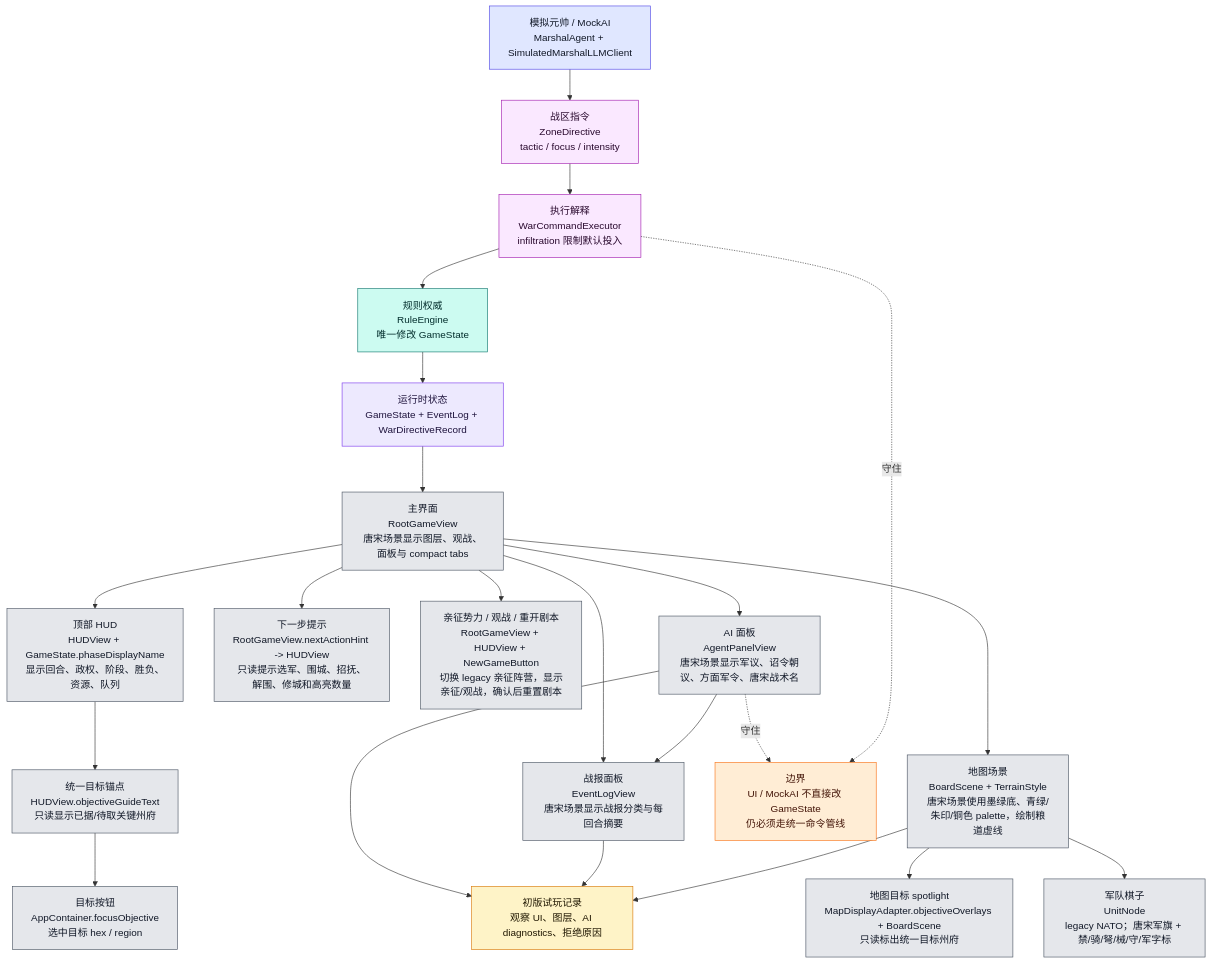
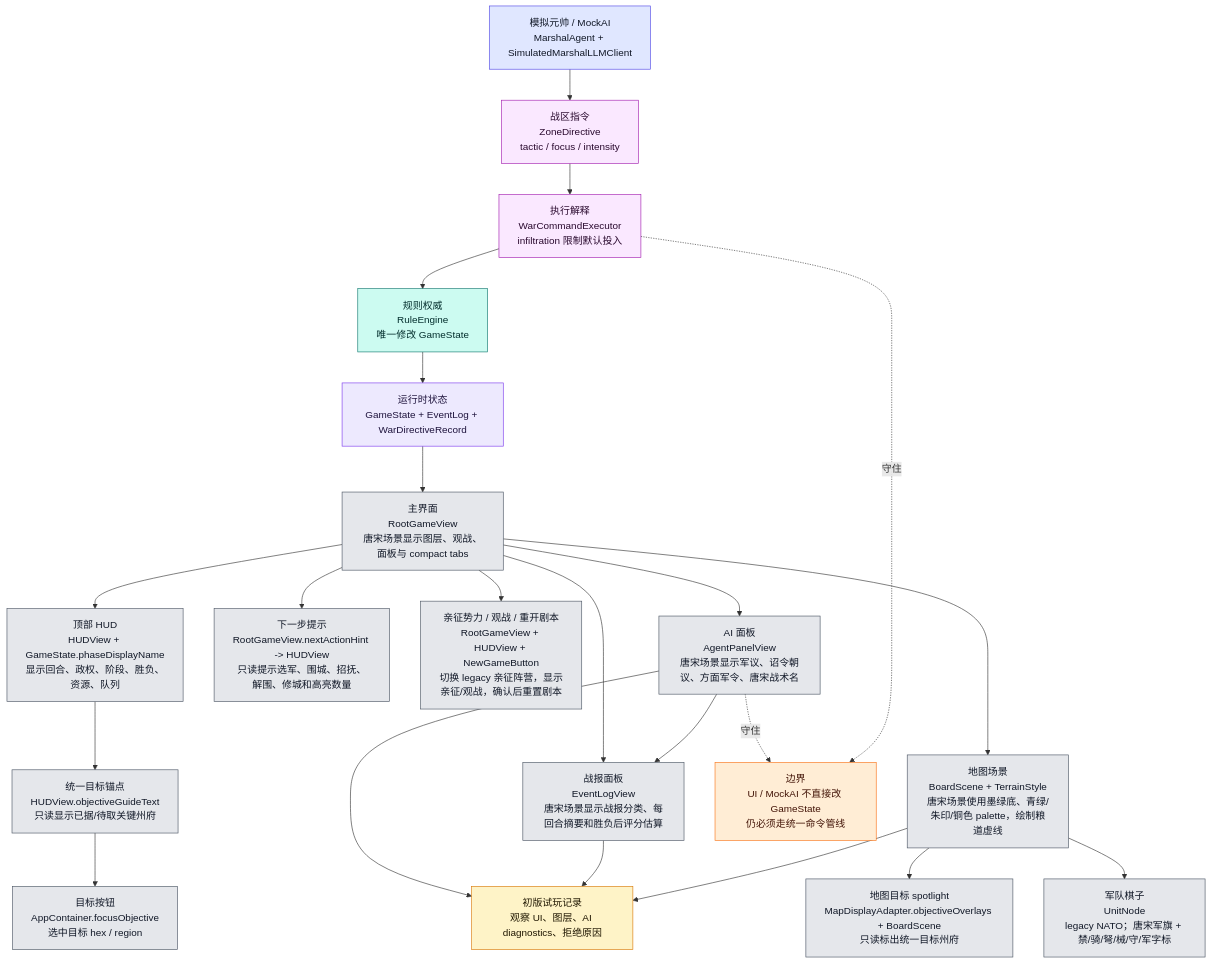
Before and after one commit to Altman-sam114/125: the tenth of 12 diagrams in md/flow/flowchart.md, drawn with Mermaid. The commit also changed other lines of this file and 7 other files, not shown here.

````diff
--- a/md/flow/flowchart.md
+++ b/md/flow/flowchart.md
@@ -549,48 +550,48 @@
 ```mermaid
 flowchart TD
     STATE["运行时状态<br/>GameState + EventLog + WarDirectiveRecord"]:::state
     ROOT["主界面<br/>RootGameView<br/>唐宋场景显示图层、观战、面板与 compact tabs"]:::ui
     HUD["顶部 HUD<br/>HUDView + GameState.phaseDisplayName<br/>显示回合、政权、阶段、胜负、资源、队列"]:::ui
     GOAL["统一目标锚点<br/>HUDView.objectiveGuideText<br/>只读显示已据/待取关键州府"]:::ui
     FOCUS["目标按钮<br/>AppContainer.focusObjective<br/>选中目标 hex / region"]:::ui
     SPOTLIGHT["地图目标 spotlight<br/>MapDisplayAdapter.objectiveOverlays + BoardScene<br/>只读标出统一目标州府"]:::ui
     HINT["下一步提示<br/>RootGameView.nextActionHint -> HUDView<br/>只读提示选军、围城、招抚、解围、修城和高亮数量"]:::ui
     SESSIONHUD["亲征势力 / 观战 / 重开剧本<br/>RootGameView + HUDView + NewGameButton<br/>切换 legacy 亲征阵营，显示亲征/观战，确认后重置剧本"]:::ui
-    LOG["战报面板<br/>EventLogView<br/>唐宋场景显示战报分类与每回合摘要"]:::ui
+    LOG["战报面板<br/>EventLogView<br/>唐宋场景显示战报分类、每回合摘要和胜负后评分估算"]:::ui
     AIUI["AI 面板<br/>AgentPanelView<br/>唐宋场景显示军议、诏令朝议、方面军令、唐宋战术名"]:::ui
     BOARD["地图场景<br/>BoardScene + TerrainStyle<br/>唐宋场景使用墨绿底、青绿/朱印/铜色 palette，绘制粮道虚线"]:::ui
     UNIT["军队棋子<br/>UnitNode<br/>legacy NATO；唐宋军旗 + 禁/骑/弩/械/守/军字标"]:::ui
     MARSHAL["模拟元帅 / MockAI<br/>MarshalAgent + SimulatedMarshalLLMClient"]:::ai
     ZD["战区指令<br/>ZoneDirective<br/>tactic / focus / intensity"]:::command
     WCE["执行解释<br/>WarCommandExecutor<br/>infiltration 限制默认投入"]:::command
     RULE["规则权威<br/>RuleEngine<br/>唯一修改 GameState"]:::rules
     PLAYTEST["初版试玩记录<br/>观察 UI、图层、AI diagnostics、拒绝原因"]:::doc
 
     STATE --> ROOT
     ROOT --> HUD
     HUD --> GOAL --> FOCUS
     BOARD --> SPOTLIGHT
     ROOT --> HINT
     ROOT --> SESSIONHUD
     ROOT --> LOG
     ROOT --> AIUI
     AIUI --> LOG
     ROOT --> BOARD
     BOARD --> UNIT
     MARSHAL --> ZD --> WCE --> RULE --> STATE
     AIUI --> PLAYTEST
     LOG --> PLAYTEST
     BOARD --> PLAYTEST
 
     WARN["边界<br/>UI / MockAI 不直接改 GameState<br/>仍必须走统一命令管线"]:::warn
     AIUI -.守住.-> WARN
     WCE -.守住.-> WARN
 
     classDef state fill:#ede9fe,stroke:#7c3aed,color:#1f143d
     classDef ui fill:#e5e7eb,stroke:#4b5563,color:#111827
     classDef ai fill:#e0e7ff,stroke:#4f46e5,color:#111827
     classDef command fill:#fae8ff,stroke:#a21caf,color:#2a0a2f
     classDef rules fill:#ccfbf1,stroke:#0f766e,color:#042f2e
     classDef doc fill:#fef3c7,stroke:#d97706,color:#1f1600
     classDef warn fill:#ffedd5,stroke:#f97316,color:#431407
 ```
````
